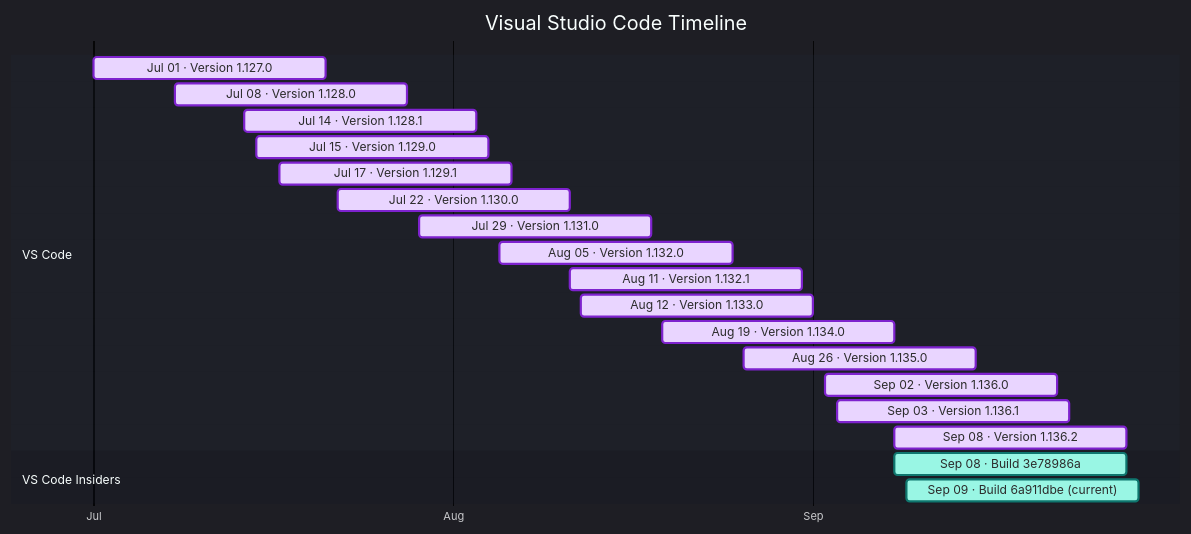
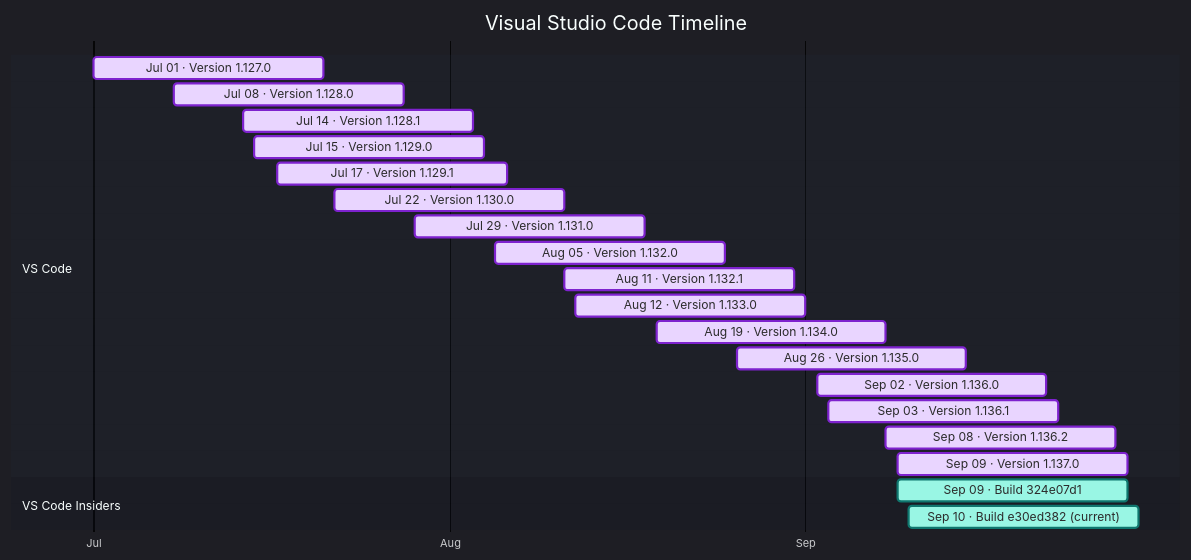
One commit to Oxelya-DevTools/VisualStudioUpdate changed the diagram in docs/vscode.md. Above: the diagram before and after it, drawn with Mermaid. The commit also changed other lines of this file and 1 other file, not shown here.

````diff
--- a/docs/vscode.md
+++ b/docs/vscode.md
@@ -9,27 +9,28 @@
 ```mermaid
 %%{init: {'theme':'dark','themeVariables': { 'fontFamily': 'Segoe UI', 'fontSize': '24px', 'textColor': '#F3F4F6', 'titleTextColor': '#FFFFFF', 'taskTextColor': '#111827', 'taskTextLightColor': '#111827', 'taskTextOutsideColor': '#F3F4F6', 'taskBkgColor': '#BAE6FD', 'taskBorderColor': '#0369A1', 'doneTaskBkgColor': '#E9D5FF', 'doneTaskBorderColor': '#7E22CE', 'activeTaskBkgColor': '#99F6E4', 'activeTaskBorderColor': '#0F766E', 'critTaskBkgColor': '#FED7AA', 'critTaskBorderColor': '#C2410C', 'sectionBkgColor': '#1F2937', 'altSectionBkgColor': '#111827', 'gridColor': '#4B5563', 'todayLineColor': '#F87171' }}}%%
 gantt
     title Visual Studio Code Timeline
     dateFormat  YYYY-MM-DD
     axisFormat  %b
     tickInterval 1month
     section VS Code
     Jul 01 · Version 1.127.0 : done, vscode202607010, 2026-07-01, 20d
     Jul 08 · Version 1.128.0 : done, vscode202607081, 2026-07-08, 20d
     Jul 14 · Version 1.128.1 : done, vscode202607142, 2026-07-14, 20d
     Jul 15 · Version 1.129.0 : done, vscode202607153, 2026-07-15, 20d
     Jul 17 · Version 1.129.1 : done, vscode202607174, 2026-07-17, 20d
     Jul 22 · Version 1.130.0 : done, vscode202607225, 2026-07-22, 20d
     Jul 29 · Version 1.131.0 : done, vscode202607296, 2026-07-29, 20d
     Aug 05 · Version 1.132.0 : done, vscode202608057, 2026-08-05, 20d
     Aug 11 · Version 1.132.1 : done, vscode202608118, 2026-08-11, 20d
     Aug 12 · Version 1.133.0 : done, vscode202608129, 2026-08-12, 20d
     Aug 19 · Version 1.134.0 : done, vscode2026081910, 2026-08-19, 20d
     Aug 26 · Version 1.135.0 : done, vscode2026082611, 2026-08-26, 20d
     Sep 02 · Version 1.136.0 : done, vscode2026090212, 2026-09-02, 20d
     Sep 03 · Version 1.136.1 : done, vscode2026090313, 2026-09-03, 20d
     Sep 08 · Version 1.136.2 : done, vscode2026090814, 2026-09-08, 20d
+    Sep 09 · Version 1.137.0 : done, vscode2026090915, 2026-09-09, 20d
     section VS Code Insiders
-    Sep 08 · Build 3e78986a : active, vscodeinsiders202609080, 2026-09-08, 20d
-    Sep 09 · Build 6a911dbe (current) : active, vscodeinsiders202609091, 2026-09-09, 20d
+    Sep 09 · Build 324e07d1 : active, vscodeinsiders202609090, 2026-09-09, 20d
+    Sep 10 · Build e30ed382 (current) : active, vscodeinsiders202609101, 2026-09-10, 20d
 ```
````
